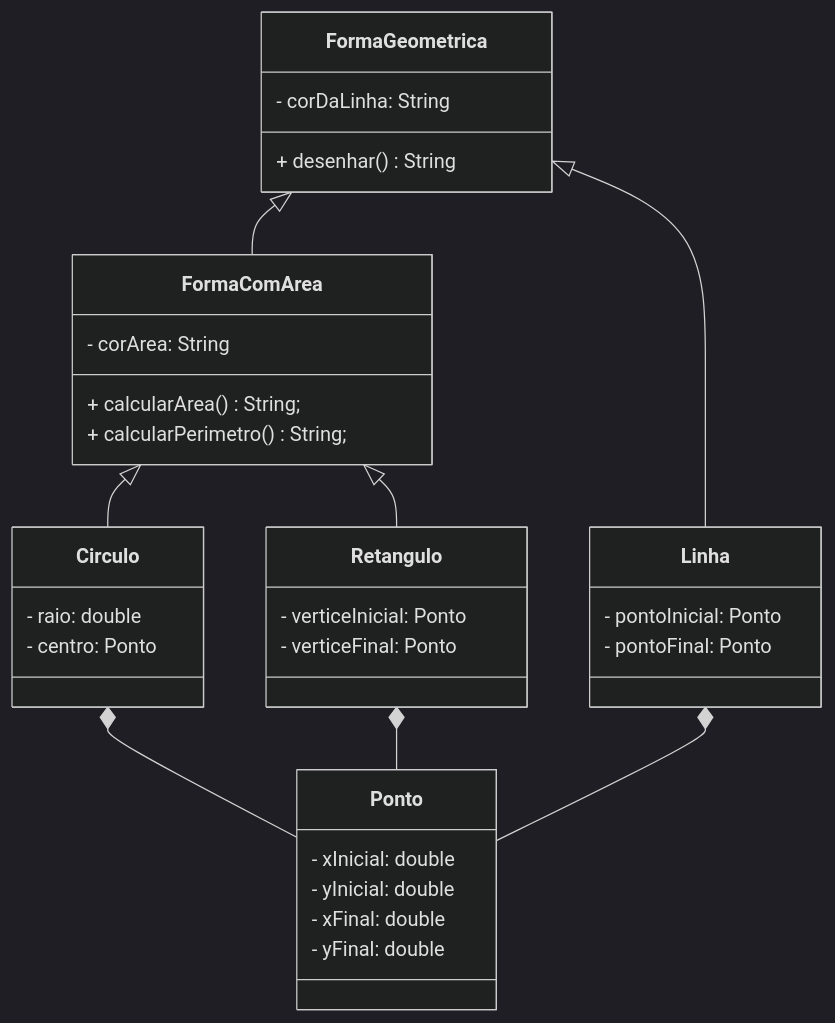
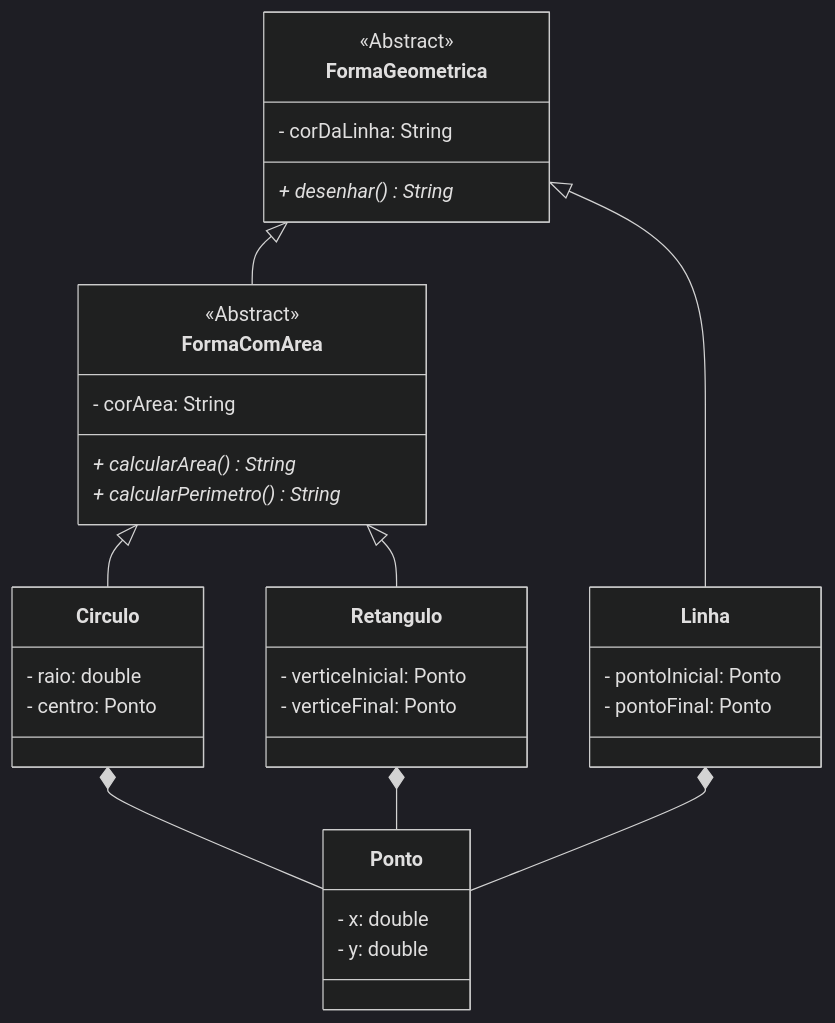
One commit to hiagosantos60/POO changed the diagram in aula20/ex02/README.Md. Above: the diagram before and after it, drawn with Mermaid (dark theme). The commit also changed 12 other files, not shown here.

````diff
--- a/aula20/ex02/README.Md
+++ b/aula20/ex02/README.Md
@@ -12,47 +12,47 @@
 ```mermaid
 classDiagram
     direction TB
 
     class FormaGeometrica{
+        <<Abstract>>
         - corDaLinha: String
-        + desenhar() String
+        + desenhar() String*
     }
 
     class FormaComArea {
+        <<Abstract>>
         - corArea: String
-        + calcularArea() String;
-        + calcularPerimetro() String;
+        + calcularArea() String*
+        + calcularPerimetro() String*
     }
 
     class Ponto {
-        - xInicial: double
-        - yInicial: double
-        - xFinal: double
-        - yFinal: double
+        - x: double
+        - y: double
     }
 
     class Linha {
         - pontoInicial: Ponto
         - pontoFinal: Ponto
     }
 
     class Circulo {
         - raio: double
         - centro: Ponto
     }
 
     class Retangulo {
         - verticeInicial: Ponto
         - verticeFinal: Ponto
     }
 
     FormaGeometrica <|-- FormaComArea
     FormaGeometrica <|-- Linha
 
     FormaComArea <|-- Circulo
     FormaComArea <|-- Retangulo
     Circulo *-- Ponto
     Retangulo *-- Ponto
     Linha *-- Ponto
 
 ```
````
